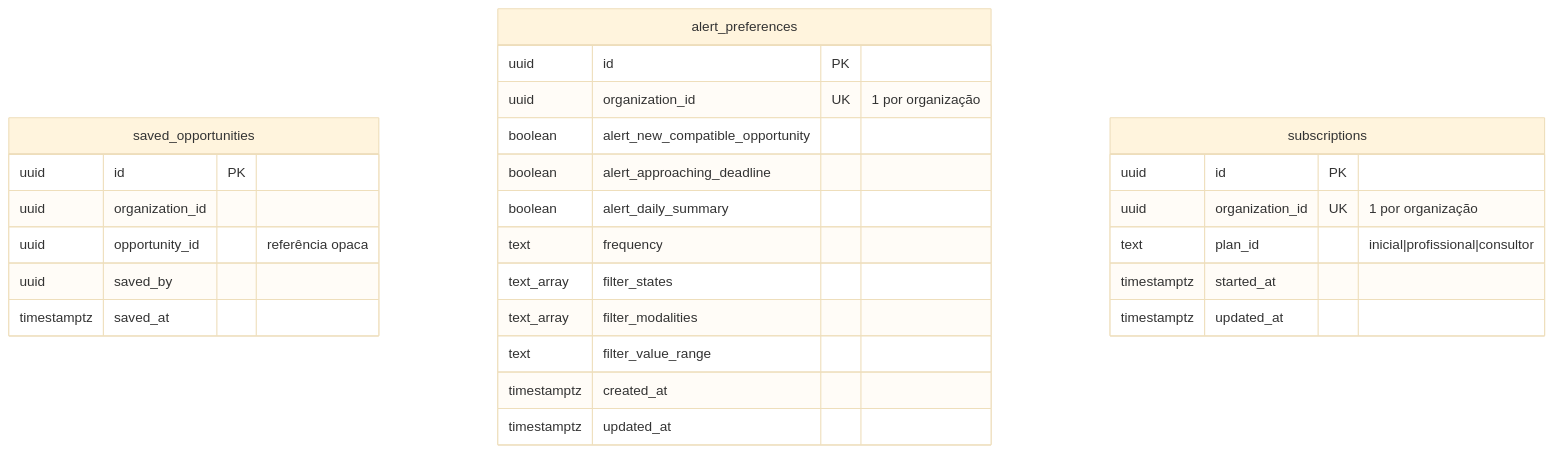
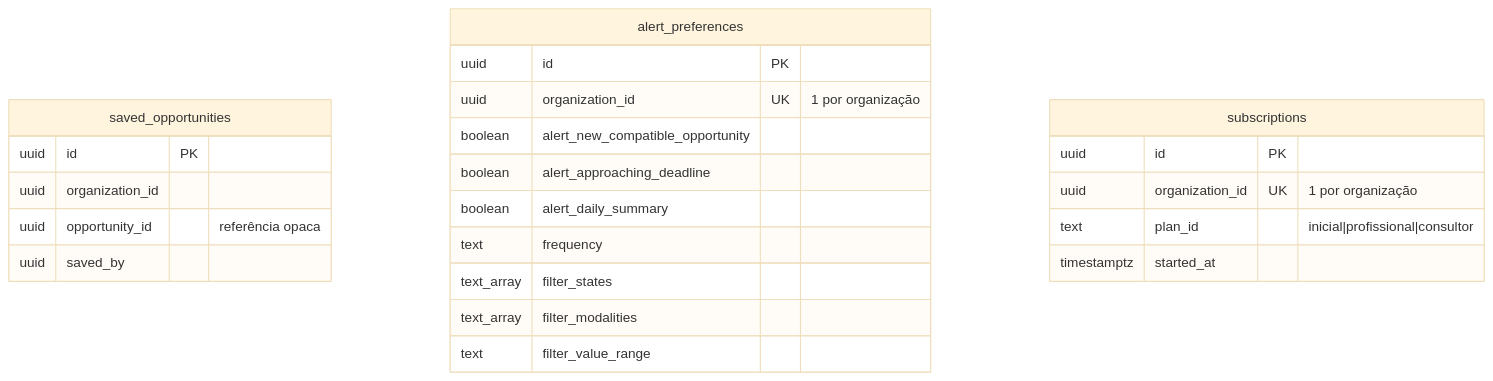
The fifth of 6 diagrams in docs/modelagem-dados.md (lucasvidalz/licitaedital-api2), drawn with Mermaid (base theme) before and after one commit. The commit also changed other lines of this file and 72 other files, not shown here.

````diff
--- a/docs/modelagem-dados.md
+++ b/docs/modelagem-dados.md
@@ -232,30 +228,26 @@
 ```mermaid
 erDiagram
   saved_opportunities {
     uuid id PK
     uuid organization_id
     uuid opportunity_id "referência opaca"
     uuid saved_by
-    timestamptz saved_at
   }
   alert_preferences {
     uuid id PK
     uuid organization_id UK "1 por organização"
     boolean alert_new_compatible_opportunity
     boolean alert_approaching_deadline
     boolean alert_daily_summary
     text frequency
     text_array filter_states
     text_array filter_modalities
     text filter_value_range
-    timestamptz created_at
-    timestamptz updated_at
   }
   subscriptions {
     uuid id PK
     uuid organization_id UK "1 por organização"
     text plan_id "inicial|profissional|consultor"
     timestamptz started_at
-    timestamptz updated_at
   }
 ```
````
